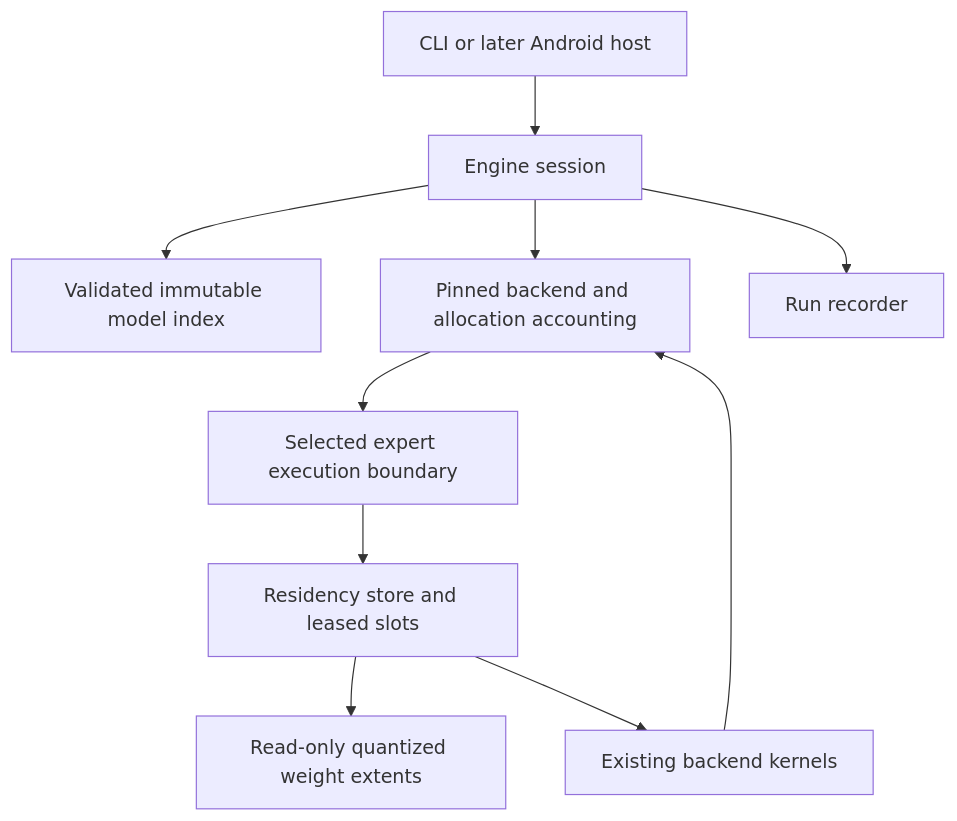
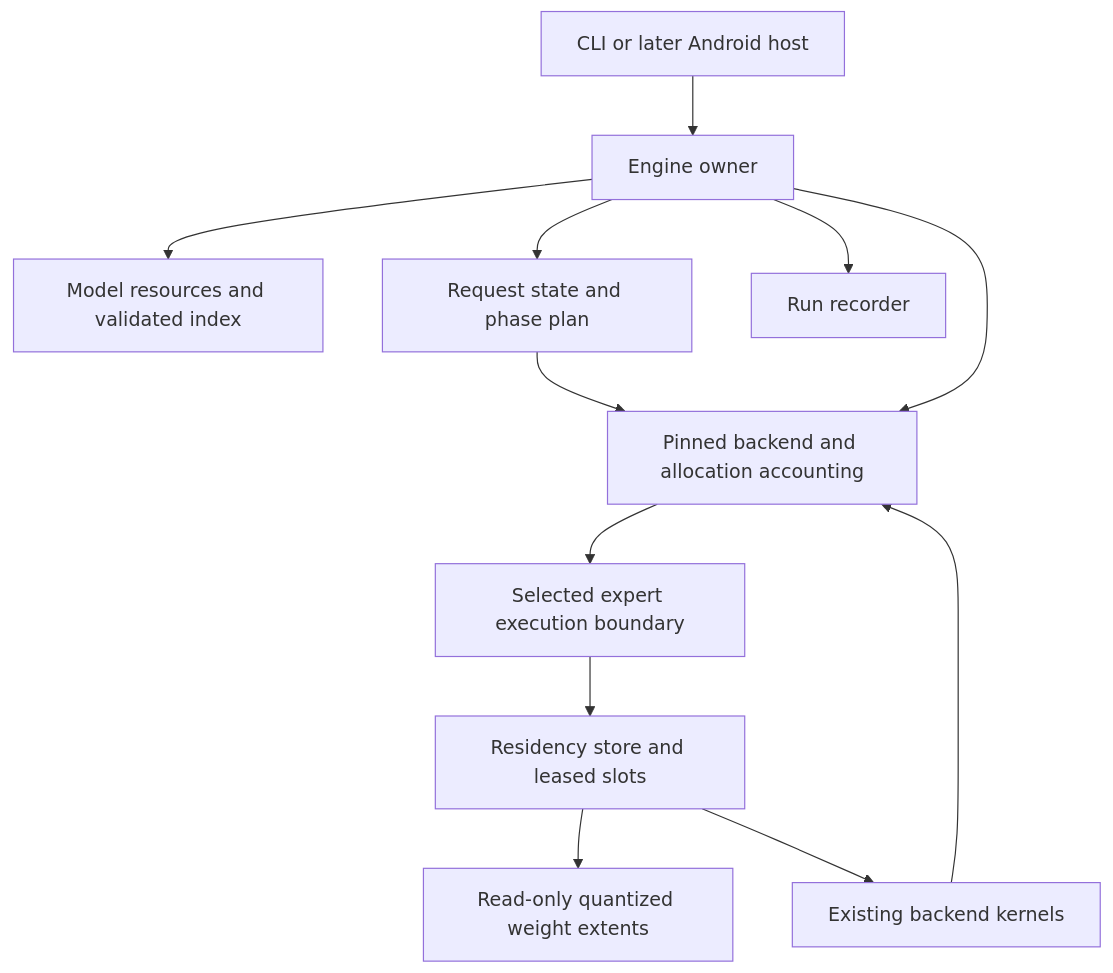
Before and after one commit to Ananthzeke/android-moe-engine: the diagram in docs/ARCHITECTURE.md, drawn with Mermaid. The commit also changed other lines of this file and 8 other files, not shown here.

````diff
--- a/docs/ARCHITECTURE.md
+++ b/docs/ARCHITECTURE.md
@@ -60,12 +62,14 @@
 ```mermaid
 flowchart TD
-    C[CLI or later Android host] --> E[Engine session]
-    E --> M[Validated immutable model index]
+    C[CLI or later Android host] --> E[Engine owner]
+    E --> M[Model resources and validated index]
+    E --> Q[Request state and phase plan]
+    Q --> B[Pinned backend and allocation accounting]
     E --> B[Pinned backend and allocation accounting]
     B --> R[Selected expert execution boundary]
     R --> S[Residency store and leased slots]
     S --> F[Read-only quantized weight extents]
     S --> K[Existing backend kernels]
     K --> B
     E --> T[Run recorder]
 ```
````
